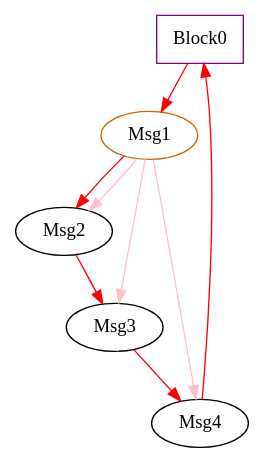
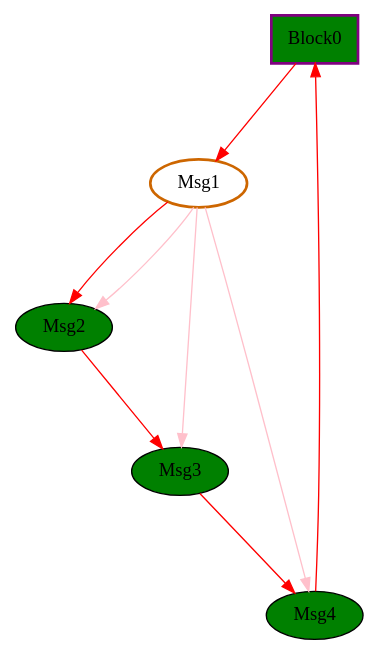
Before and after one commit to GSI-CS-CO/bel_projects: the diagram in modules/ftm/doc/testdoc/TestPattern/reference-loop3.dot, drawn with Graphviz. The commit also changed 5 other files, not shown here.

```diff
--- a/modules/ftm/doc/testdoc/TestPattern/reference-loop3.dot
+++ b/modules/ftm/doc/testdoc/TestPattern/reference-loop3.dot
@@ -1,12 +1,17 @@
-digraph "reference-loop3" {
-  node [cpu=0 pattern=ref1 type=tmsg toffs=0 tef=0 patentry=0 patexit=0 fid=1 style=filled color=black fillcolor=white shape=oval]
-  Block0 [type=block tperiod=1000000000 patexit=1 qlo=1 color=purple shape=rectangle]
-  Msg1 [patentry=1 gid=1 evtno=1 par="0x100009e4" color=darkorange3]
-  Msg2 [gid=2 evtno=2 par="0x225002" toffs=200000000]
-  Msg3 [gid=3 evtno=3 par="0x225003" toffs=300000000]
-  Msg4 [gid=4 evtno=4 par="0x225004" toffs=400000000]
-  Block0 -> Msg1 -> Msg2 -> Msg3 -> Msg4 -> Block0 [type=defdst color=red]
-  Msg1 -> Msg2 [type=reference fieldhead="0x8" fieldtail=8 fieldwidth=64 color=pink]
-  Msg1 -> Msg3 [type=reference fieldhead="0x10" fieldtail="0x10" fieldwidth=64 color=pink]
-  Msg1 -> Msg4 [type=reference fieldhead="0x14" fieldtail="0x18" fieldwidth=32 color=pink]
+digraph G {
+graph [root="Demo",rankdir   = TB, nodesep           = 0.6, mindist     = 1.0, ranksep = 1.0, overlap = false]
+node [style     = "filled", fillcolor = "white", color = "black"]
+Block0[cpu="0", flags="0x00108107", type="block", tperiod="1000000000", pattern="ref1", patentry="false", patexit="true", beamproc="undefined", bpentry="false", bpexit="false", qlo="true", qhi="false", qil="false", shape     = "rectangle", fillcolor = "green", penwidth=2, color = "purple"];
+Msg1[cpu="0", flags="0x00002002", type="tmsg", toffs="0", pattern="ref1", patentry="true", patexit="false", beamproc="undefined", bpentry="false", bpexit="false", fid="1", gid="0", evtno="157", beamin="1", bpcstart="1", sid="0", bpid="0", reqnobeam="0", vacc="0", id="0x100009dc00000000", par="0x10000a1800225003", tef="0", shape     = "oval", fillcolor = "white", penwidth=2, color = "darkorange3"];
+Msg2[cpu="0", flags="0x00000102", type="tmsg", toffs="200000000", pattern="ref1", patentry="false", patexit="false", beamproc="undefined", bpentry="false", bpexit="false", fid="1", gid="2", evtno="2", beamin="0", bpcstart="0", sid="0", bpid="0", reqnobeam="0", vacc="0", id="0x1002002000000000", par="0x0000000000225002", tef="0", shape     = "oval", fillcolor = "green"];
+Msg3[cpu="0", flags="0x00000102", type="tmsg", toffs="300000000", pattern="ref1", patentry="false", patexit="false", beamproc="undefined", bpentry="false", bpexit="false", fid="1", gid="3", evtno="3", beamin="0", bpcstart="0", sid="0", bpid="0", reqnobeam="0", vacc="0", id="0x1003003000000000", par="0x0000000000225003", tef="0", shape     = "oval", fillcolor = "green"];
+Msg4[cpu="0", flags="0x00000102", type="tmsg", toffs="400000000", pattern="ref1", patentry="false", patexit="false", beamproc="undefined", bpentry="false", bpexit="false", fid="1", gid="4", evtno="4", beamin="0", bpcstart="0", sid="0", bpid="0", reqnobeam="0", vacc="0", id="0x1004004000000000", par="0x0000000000225004", tef="0", shape     = "oval", fillcolor = "green"];
+Block0->Msg1 [type="defdst", color = "red"];
+Msg1->Msg2 [type="defdst", color = "red"];
+Msg1->Msg2 [type="reference", fieldhead="8", fieldtail="8", fieldwidth="64", color = "pink"];
+Msg1->Msg3 [type="reference", fieldhead="16", fieldtail="16", fieldwidth="64", color = "pink"];
+Msg1->Msg4 [type="reference", fieldhead="20", fieldtail="24", fieldwidth="32", color = "pink"];
+Msg2->Msg3 [type="defdst", color = "red"];
+Msg3->Msg4 [type="defdst", color = "red"];
+Msg4->Block0 [type="defdst", color = "red"];
 }
```
